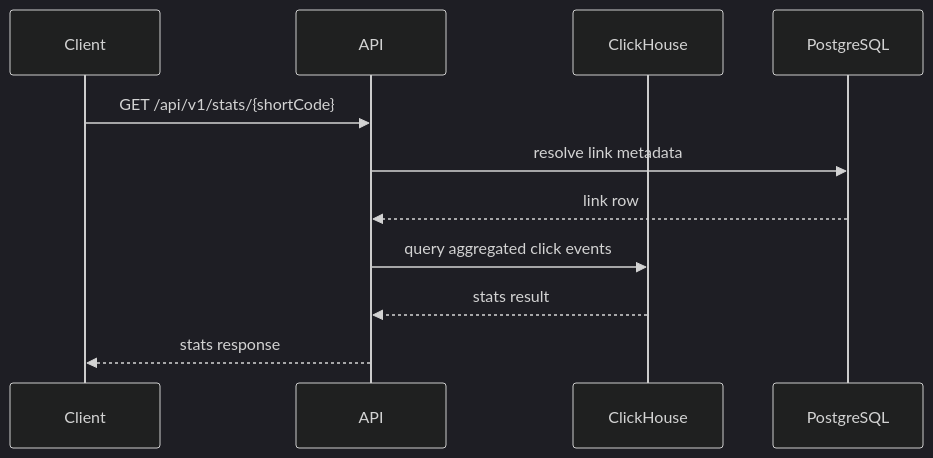
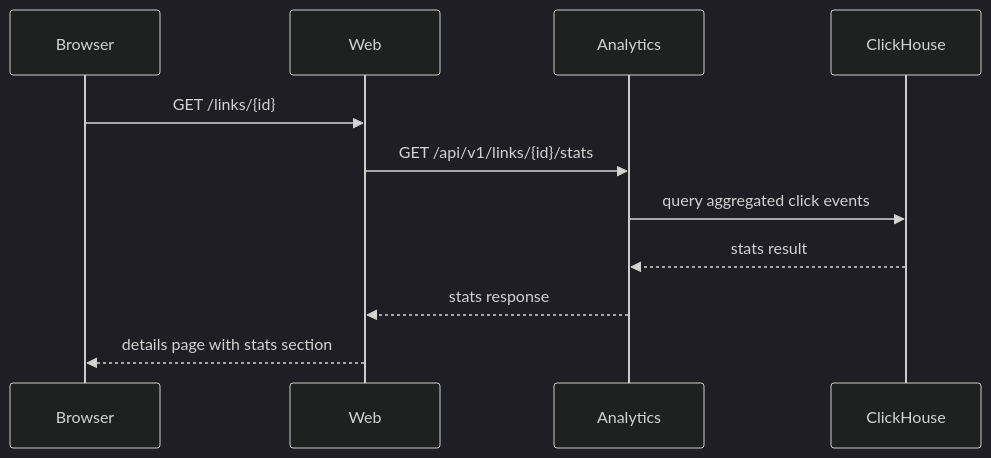
Before and after one commit to fev0ks/sandbox_url_shortener: the seventh of 7 diagrams in docs/system_design.md, drawn with Mermaid (dark theme). The commit also changed other lines of this file and 31 other files, not shown here.

Commit message:
feat(analytics): add clickhouse-backed stats pipeline

````diff
--- a/docs/system_design.md
+++ b/docs/system_design.md
@@ -439,14 +441,14 @@
 ```mermaid
 sequenceDiagram
-    participant Client
-    participant API
+    participant Browser
+    participant Web
+    participant Analytics
     participant CH as ClickHouse
-    participant PG as PostgreSQL
 
-    Client->>API: GET /api/v1/stats/{shortCode}
-    API->>PG: resolve link metadata
-    PG-->>API: link row
-    API->>CH: query aggregated click events
-    CH-->>API: stats result
-    API-->>Client: stats response
+    Browser->>Web: GET /links/{id}
+    Web->>Analytics: GET /api/v1/links/{id}/stats
+    Analytics->>CH: query aggregated click events
+    CH-->>Analytics: stats result
+    Analytics-->>Web: stats response
+    Web-->>Browser: details page with stats section
 ```
````
